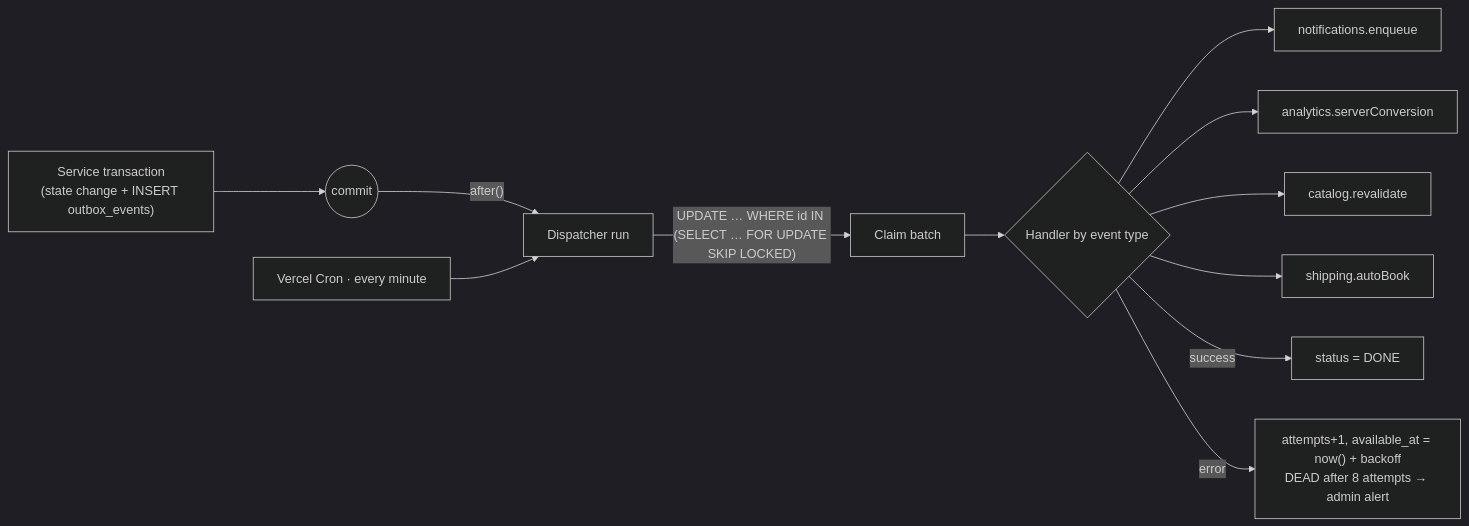
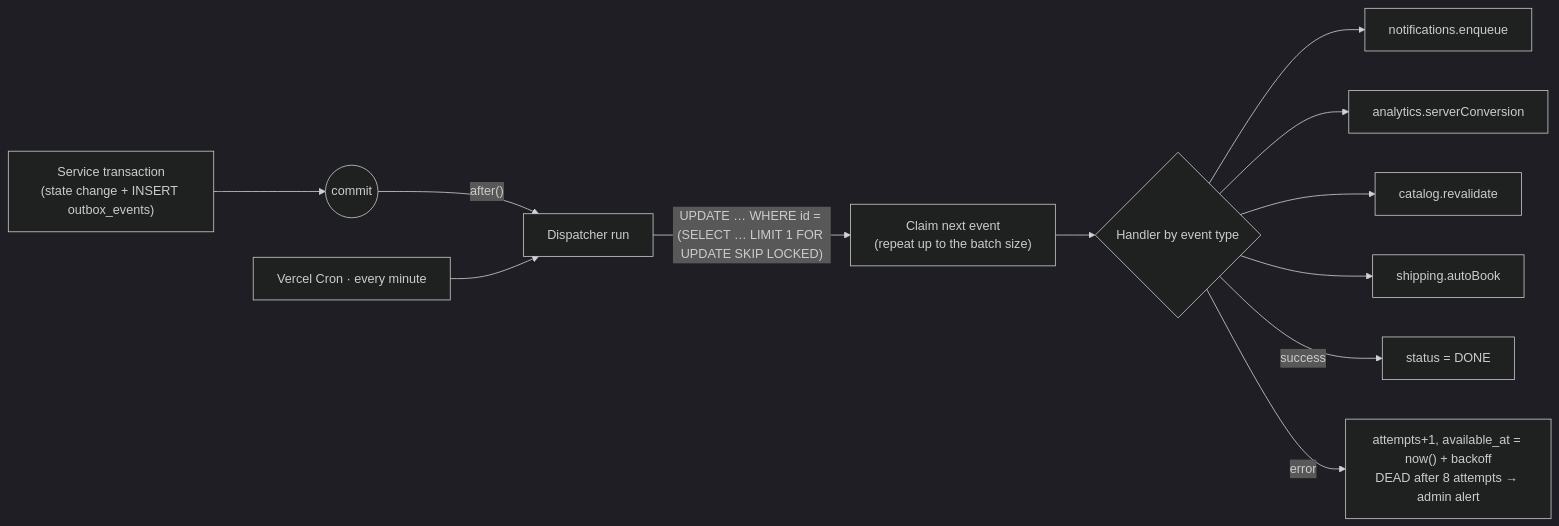
Before and after one commit to 1sufyan/novyra: the fifth of 5 diagrams in docs/01-architecture.md, drawn with Mermaid (dark theme). The commit also changed other lines of this file and 8 other files, not shown here.

````diff
--- a/docs/01-architecture.md
+++ b/docs/01-architecture.md
@@ -209,14 +209,14 @@
 ```mermaid
 flowchart LR
   TX["Service transaction<br/>(state change + INSERT outbox_events)"] --> COMMIT((commit))
   COMMIT -->|"after()"| D1[Dispatcher run]
   CRON["Vercel Cron · every minute"] --> D1
-  D1 -->|"UPDATE … WHERE id IN (SELECT … FOR UPDATE SKIP LOCKED)"| CLAIM[Claim batch]
+  D1 -->|"UPDATE … WHERE id = (SELECT … LIMIT 1 FOR UPDATE SKIP LOCKED)"| CLAIM["Claim next event<br/>(repeat up to the batch size)"]
   CLAIM --> H{Handler by event type}
   H --> N1[notifications.enqueue]
   H --> N2[analytics.serverConversion]
   H --> N3[catalog.revalidate]
   H --> N4[shipping.autoBook]
   H -->|success| DONE[status = DONE]
   H -->|error| RETRY["attempts+1, available_at = now() + backoff<br/>DEAD after 8 attempts → admin alert"]
 ```
````
